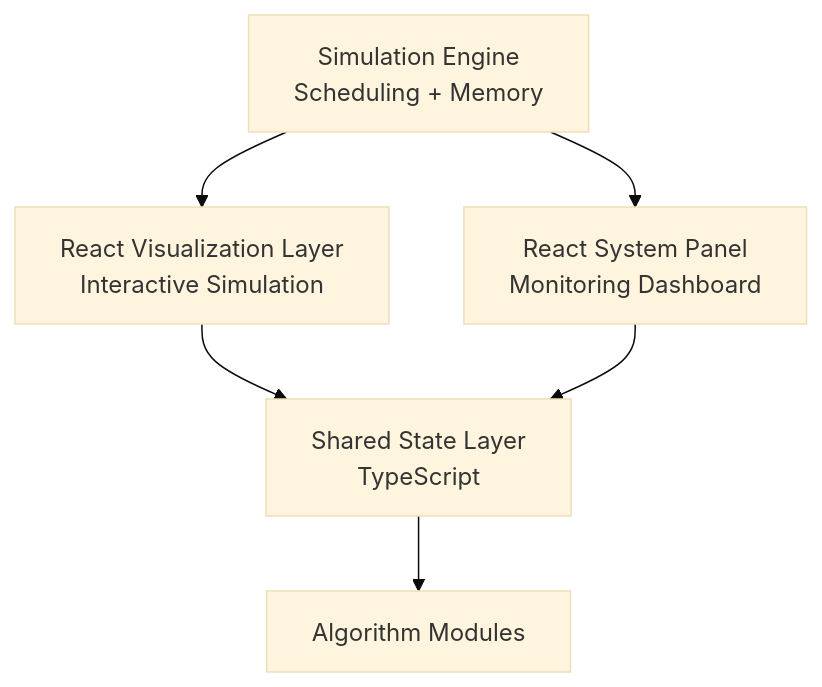
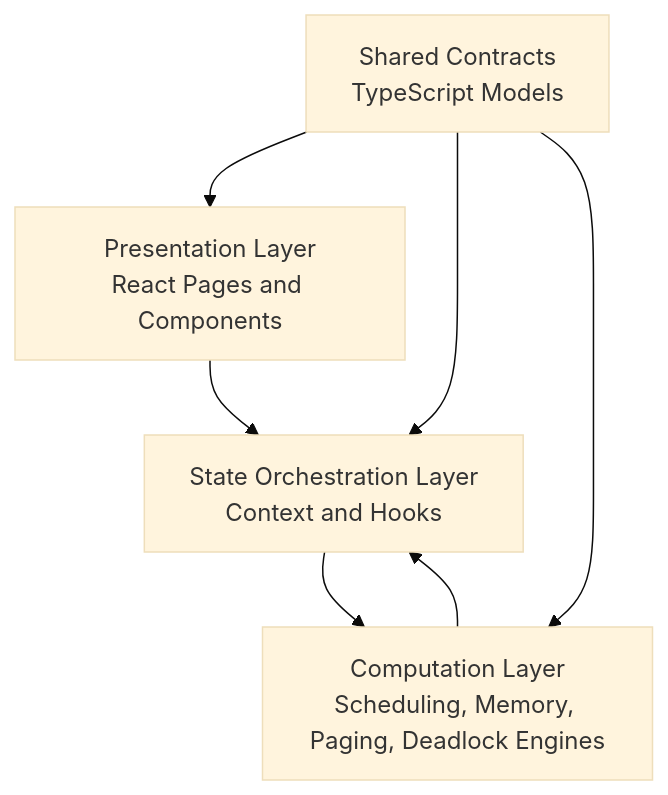
Before and after one commit to ramalokeshreddyp/KernelCanvas: the first of 6 diagrams in architecture.md, drawn with Mermaid (base theme). The commit also changed other lines of this file and 51 other files, not shown here.

````diff
--- a/architecture.md
+++ b/architecture.md
@@ -13,14 +14,14 @@
 ```mermaid
 flowchart TB
-  SE[Simulation Engine\nScheduling + Memory]
-  RV[React Visualization Layer\nInteractive Simulation]
-  ASP[React System Panel\nMonitoring Dashboard]
-  SS[Shared State Layer\nTypeScript]
-  AM[Algorithm Modules]
+  UI[Presentation Layer\nReact Pages and Components]
+  ST[State Orchestration Layer\nContext and Hooks]
+  EN[Computation Layer\nScheduling, Memory, Paging, Deadlock Engines]
+  SH[Shared Contracts\nTypeScript Models]
 
-  SE --> RV
-  SE --> ASP
-  RV --> SS
-  ASP --> SS
-  SS --> AM
+  UI --> ST
+  ST --> EN
+  EN --> ST
+  SH --> UI
+  SH --> ST
+  SH --> EN
 ```
````
